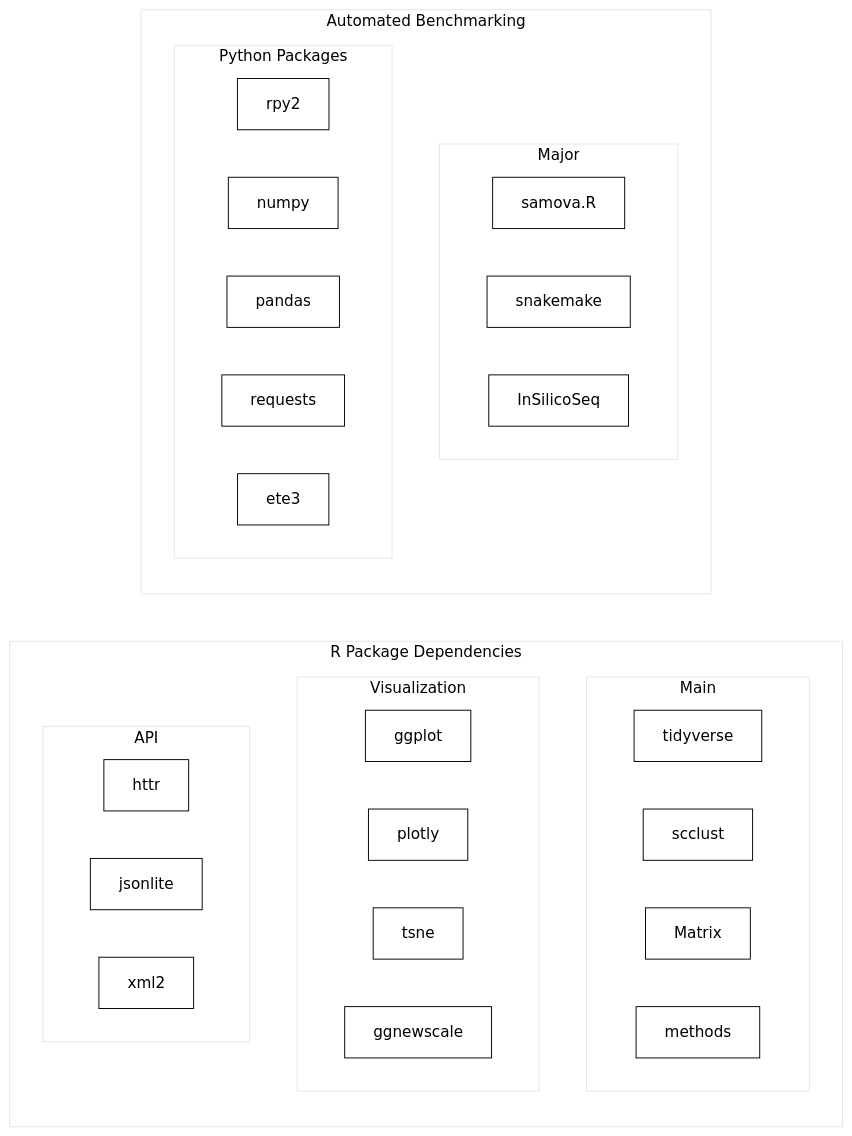
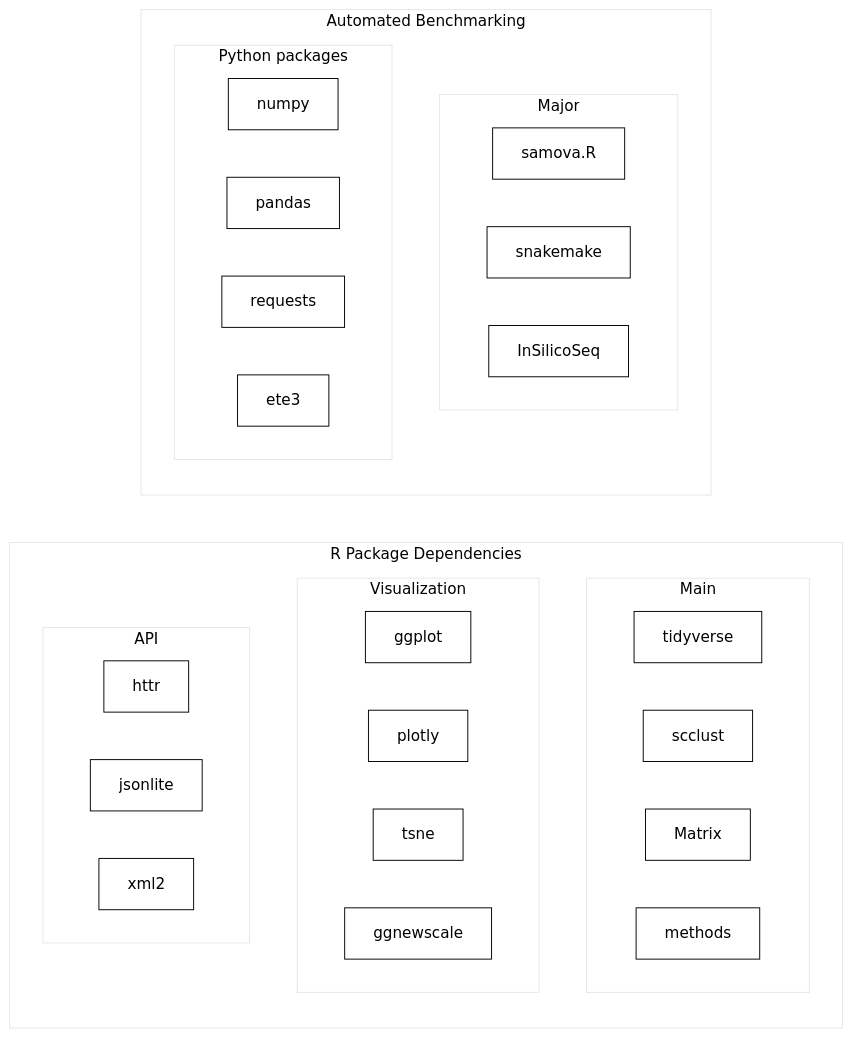
Before and after one commit to ctlab/samovar: the second of 2 diagrams in README.md, drawn with Mermaid. The commit also changed other lines of this file and 32 other files, not shown here.

````diff
--- a/README.md
+++ b/README.md
@@ -137,48 +145,47 @@
 ```mermaid
 %%{init: {'theme': 'base', 'themeVariables': { 'fontSize': '16px', 'fontFamily': 'arial', 'primaryColor': '#fff', 'primaryTextColor': '#000', 'primaryBorderColor': '#000', 'lineColor': '#000', 'secondaryColor': '#fff', 'tertiaryColor': '#fff'}}}%%
 graph LR
     subgraph "R Package Dependencies"
         subgraph "Main"
             direction LR
             tidyverse
             scclust
             Matrix
             methods
         end
         
         subgraph "Visualization"
             direction LR
             ggplot
             plotly
             tsne
             ggnewscale
         end
         
         subgraph "API"
             direction LR
             httr
             jsonlite
             xml2
         end
     end
     
     subgraph "Automated Benchmarking"
         subgraph "Major"
             direction LR
             samova.R
             snakemake
             InSilicoSeq
         end
         
-        subgraph "Python Packages"
+        subgraph "Python packages"
             direction LR
-            rpy2
             numpy
             pandas
             requests
             ete3
         end
     end
     
     linkStyle default stroke:#000
 ```
````
